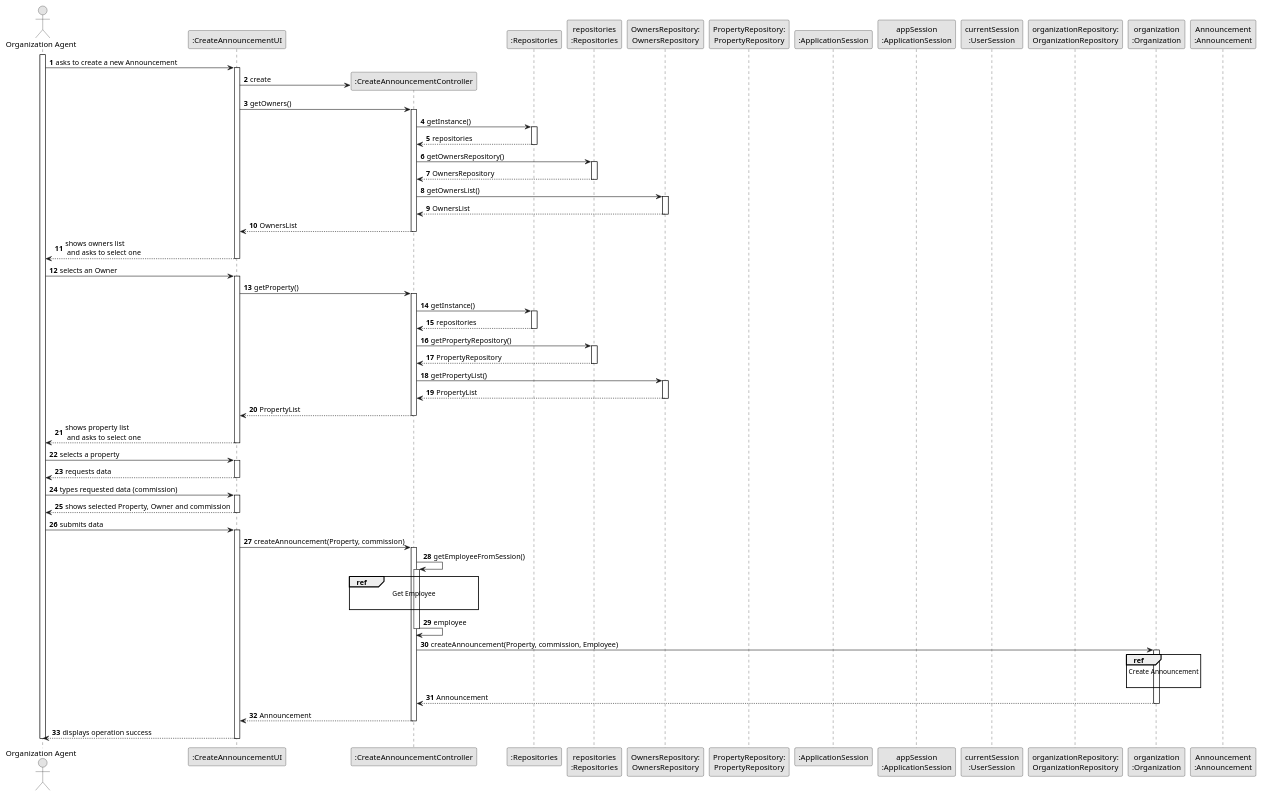
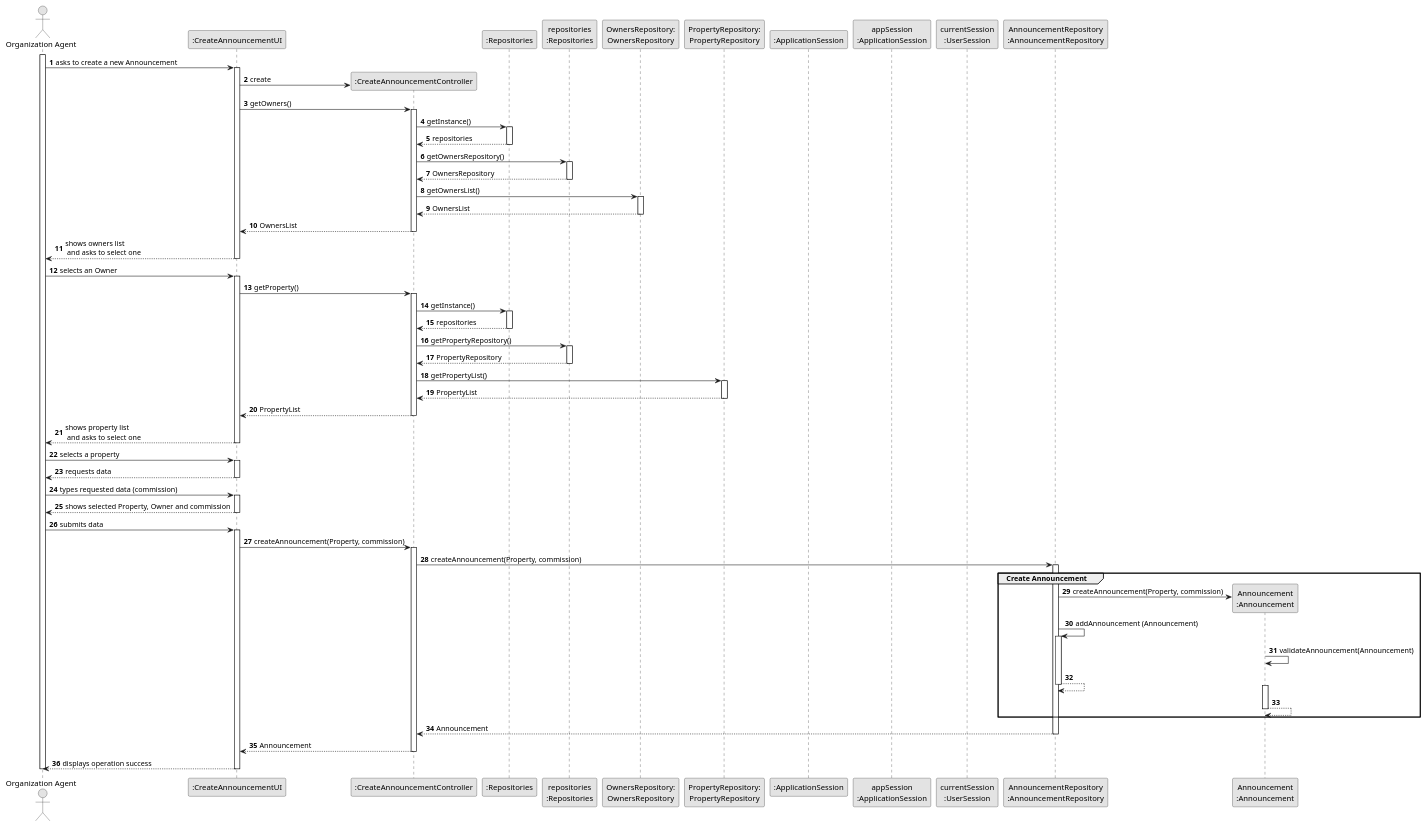
One commit to hugosilva2901/lei-22-s2-1DO-g68 changed the diagram in lei-22-s2-1do-g68/docs/SprintB/us002/03.design/puml/us002-sequence-diagram-full.puml. Above: the diagram before and after it, drawn with PlantUML. The commit also changed 6 other files, not shown here.

Commit message:
Mudança nos diagramas e classes US002

```diff
--- a/lei-22-s2-1do-g68/docs/SprintB/us002/03.design/puml/us002-sequence-diagram-full.puml
+++ b/lei-22-s2-1do-g68/docs/SprintB/us002/03.design/puml/us002-sequence-diagram-full.puml
@@ -1,136 +1,135 @@
 @startuml
 skinparam monochrome true
 skinparam packageStyle rectangle
 skinparam shadowing false
 
 autonumber
 
 'hide footbox
 actor "Organization Agent" as ADM
 participant ":CreateAnnouncementUI" as UI
 participant ":CreateAnnouncementController" as CTRL
 participant ":Repositories" as RepositorySingleton
 participant "repositories\n:Repositories" as PLAT
 participant "OwnersRepository:\nOwnersRepository" as TaskCategoryRepository
 participant "PropertyRepository:\nPropertyRepository" as PropertyRepository
 participant ":ApplicationSession" as _APP
 participant "appSession\n:ApplicationSession" as APP
 participant "currentSession\n:UserSession" as SESSAO
-participant "organizationRepository:\nOrganizationRepository" as OrganizationRepository
-participant "organization\n:Organization" as ORG
+participant "AnnouncementRepository\n:AnnouncementRepository" as ORG
 participant "Announcement\n:Announcement" as TAREFA
 
 activate ADM
 
         ADM -> UI : asks to create a new Announcement
 
         activate UI
 
 '            UI --> ADM : requests data (reference, description,  informal \n description, technical description, duration, cost)
             'create CTRL
             UI -> CTRL** : create
 
             UI -> CTRL : getOwners()
             activate CTRL
 
                 CTRL -> RepositorySingleton : getInstance()
                 activate RepositorySingleton
 
                     RepositorySingleton --> CTRL: repositories
                 deactivate RepositorySingleton
 
                 CTRL -> PLAT : getOwnersRepository()
                 activate PLAT
 
                     PLAT --> CTRL: OwnersRepository
                 deactivate PLAT
 
                 CTRL -> TaskCategoryRepository : getOwnersList()
                 activate TaskCategoryRepository
 
                     TaskCategoryRepository --> CTRL : OwnersList
                 deactivate TaskCategoryRepository
 
                 CTRL --> UI : OwnersList
             deactivate CTRL
 
             UI --> ADM : shows owners list\n and asks to select one
         deactivate UI
 
     ADM -> UI : selects an Owner
     activate UI
 
                 UI -> CTRL : getProperty()
                 activate CTRL
 
                     CTRL -> RepositorySingleton : getInstance()
                     activate RepositorySingleton
 
                         RepositorySingleton --> CTRL: repositories
                     deactivate RepositorySingleton
 
                     CTRL -> PLAT : getPropertyRepository()
                     activate PLAT
 
                         PLAT --> CTRL: PropertyRepository
                     deactivate PLAT
 
-                    CTRL -> TaskCategoryRepository : getPropertyList()
-                    activate TaskCategoryRepository
+                    CTRL -> PropertyRepository : getPropertyList()
+                    activate PropertyRepository
 
-                        TaskCategoryRepository --> CTRL : PropertyList
-                    deactivate TaskCategoryRepository
+                        PropertyRepository --> CTRL : PropertyList
+                    deactivate PropertyRepository
 
                     CTRL --> UI : PropertyList
                 deactivate CTRL
 
                 UI --> ADM : shows property list\n and asks to select one
             deactivate UI
 
         ADM -> UI : selects a property
         activate UI
 
         UI --> ADM : requests data
     deactivate UI
 
     ADM -> UI : types requested data (commission)
     activate UI
 
         UI --> ADM : shows selected Property, Owner and commission
     deactivate UI
 
     ADM -> UI : submits data
         activate UI
 
             UI -> CTRL : createAnnouncement(Property, commission)
             activate CTRL
 
-                CTRL -> CTRL : getEmployeeFromSession()
-                activate CTRL
-
-                    ref over CTRL
-                        Get Employee
-
-                    end ref
-                    CTRL -> CTRL : employee
-                deactivate CTRL
-
-                CTRL -> ORG: createAnnouncement(Property, commission, Employee)
+                CTRL -> ORG: createAnnouncement(Property, commission)
                 activate ORG
 
-                    ref over ORG
-                        Create Announcement
+                    group Create Announcement
 
+                                                 ORG -> TAREFA**: createAnnouncement(Property, commission)
+                                                 ORG -> ORG: addAnnouncement (Announcement)
+
+                                                 activate ORG
+                                                    TAREFA -> TAREFA: validateAnnouncement(Announcement)
+                                                    ORG --> ORG
+                                                 deactivate ORG
+
+                                                 activate TAREFA
+                                                    TAREFA --> TAREFA
+                                                 deactivate TAREFA
                     end
 
                     ORG --> CTRL : Announcement
                 deactivate ORG
 
                 CTRL --> UI: Announcement
                 deactivate CTRL
                 UI --> ADM: displays operation success
         deactivate UI
 
     deactivate ADM
 
 @enduml
```
